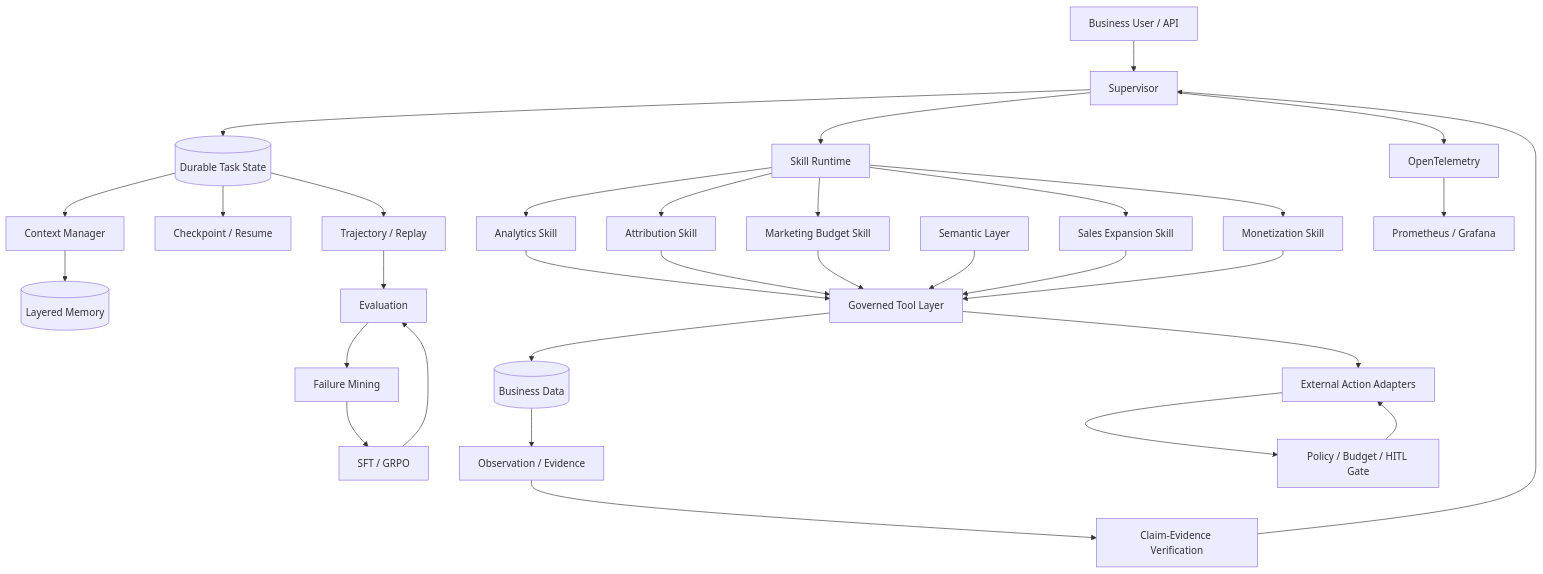
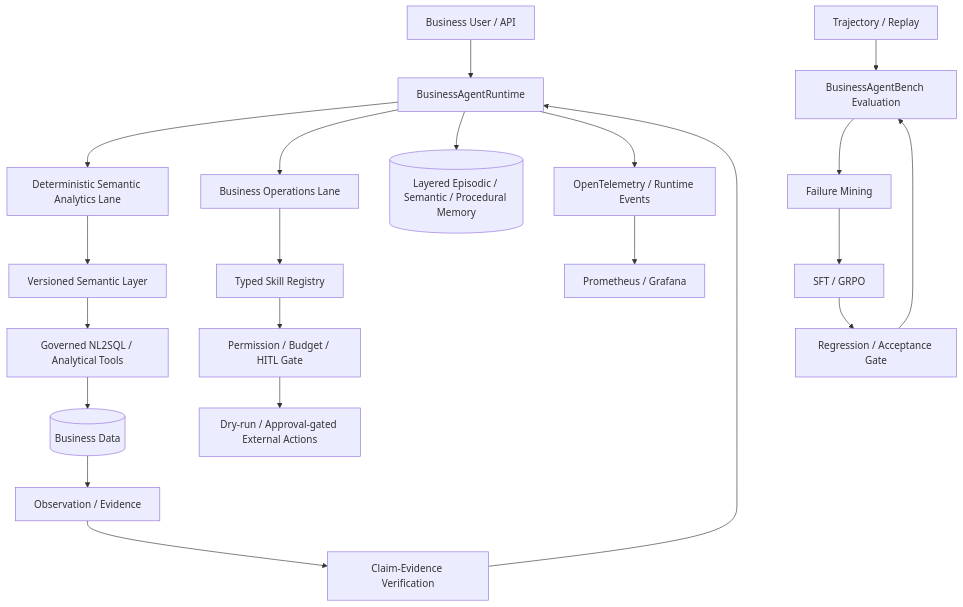
Before and after one commit to Benjamindaoson/enterprise-data-agent: the diagram in README.md, drawn with Mermaid. The commit also changed other lines of this file, not shown here.

Commit message:
docs: align flagship architecture with canonical runtime

````diff
--- a/README.md
+++ b/README.md
@@ -174,43 +176,28 @@
 ```mermaid
 flowchart TD
-    U[Business User / API] --> S[Supervisor]
+    U[Business User / API] --> R[BusinessAgentRuntime]
 
-    S --> TS[(Durable Task State)]
-    TS --> C[Context Manager]
-    C --> M[(Layered Memory)]
+    R --> A[Deterministic Semantic Analytics Lane]
+    R --> B[Business Operations Lane]
+    R --> M[(Layered Episodic / Semantic / Procedural Memory)]
 
-    S --> SK[Skill Runtime]
-    SK --> A1[Analytics Skill]
-    SK --> A2[Attribution Skill]
-    SK --> A3[Marketing Budget Skill]
-    SK --> A4[Sales Expansion Skill]
-    SK --> A5[Monetization Skill]
-
-    A1 --> T[Governed Tool Layer]
-    A2 --> T
-    A3 --> T
-    A4 --> T
-    A5 --> T
-
-    SL[Semantic Layer] --> T
-    T --> D[(Business Data)]
-    T --> X[External Action Adapters]
-
+    A --> SL[Versioned Semantic Layer]
+    SL --> N[Governed NL2SQL / Analytical Tools]
+    N --> D[(Business Data)]
     D --> O[Observation / Evidence]
     O --> V[Claim-Evidence Verification]
-    V --> S
+    V --> R
 
-    X --> G[Policy / Budget / HITL Gate]
-    G --> X
+    B --> SK[Typed Skill Registry]
+    SK --> G[Permission / Budget / HITL Gate]
+    G --> X[Dry-run / Approval-gated External Actions]
 
-    TS --> CP[Checkpoint / Resume]
-    TS --> TR[Trajectory / Replay]
+    R --> OT[OpenTelemetry / Runtime Events]
+    OT --> P[Prometheus / Grafana]
 
-    TR --> E[Evaluation]
+    TR[Trajectory / Replay] --> E[BusinessAgentBench Evaluation]
     E --> FM[Failure Mining]
     FM --> PT[SFT / GRPO]
-    PT --> E
-
-    S --> OT[OpenTelemetry]
-    OT --> P[Prometheus / Grafana]
+    PT --> RG[Regression / Acceptance Gate]
+    RG --> E
 ```
````
